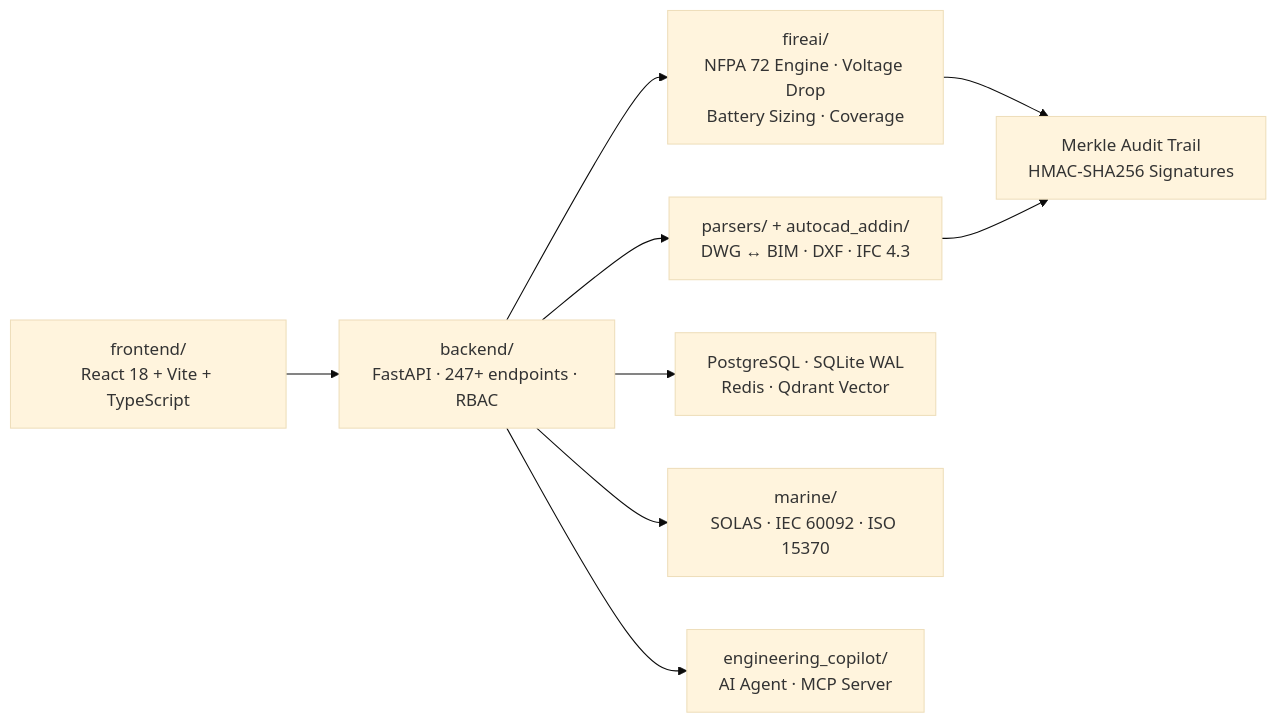
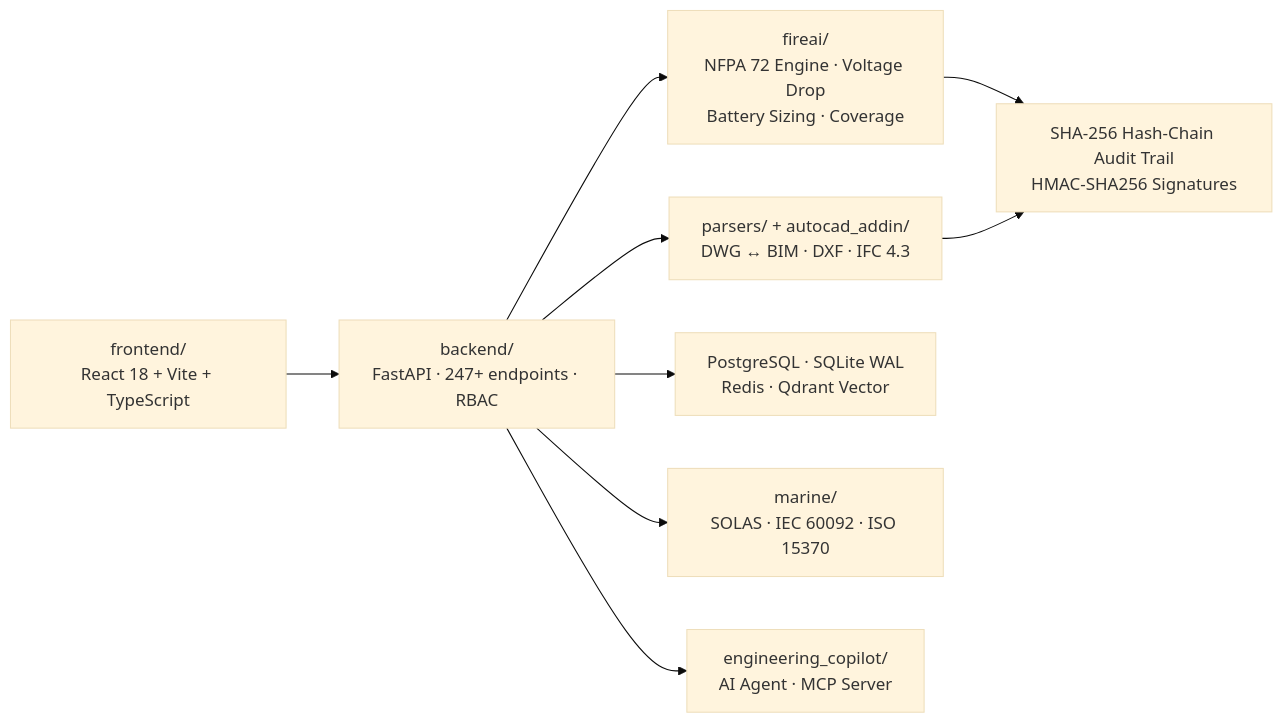
Before and after one commit to ahmdelbaz28-ux/BAZspark: the diagram in README.md, drawn with Mermaid (base theme). The commit also changed other lines of this file and 17 other files, not shown here.

````diff
--- a/README.md
+++ b/README.md
@@ -65,11 +65,11 @@
 ```mermaid
 graph LR
     FE["frontend/\nReact 18 + Vite + TypeScript"] --> API["backend/\nFastAPI · 247+ endpoints · RBAC"]
     API --> Calc["fireai/\nNFPA 72 Engine · Voltage Drop\nBattery Sizing · Coverage"]
     API --> Twin["parsers/ + autocad_addin/\nDWG ↔ BIM · DXF · IFC 4.3"]
     API --> Store["PostgreSQL · SQLite WAL\nRedis · Qdrant Vector"]
     API --> Marine["marine/\nSOLAS · IEC 60092 · ISO 15370"]
     API --> Copilot["engineering_copilot/\nAI Agent · MCP Server"]
-    Calc --> Audit["Merkle Audit Trail\nHMAC-SHA256 Signatures"]
+    Calc --> Audit["SHA-256 Hash-Chain Audit Trail\nHMAC-SHA256 Signatures"]
     Twin --> Audit
 ```
````
